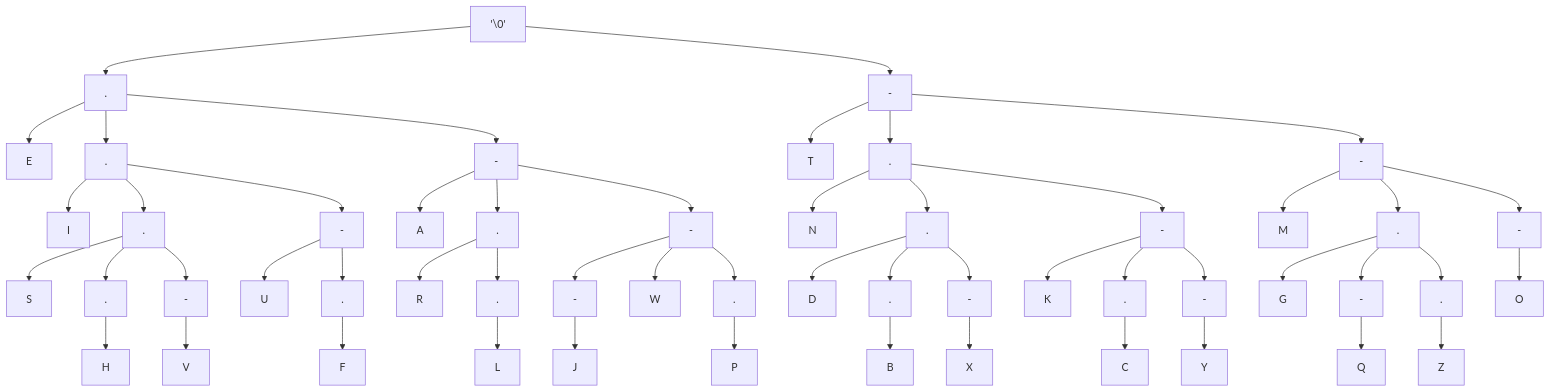
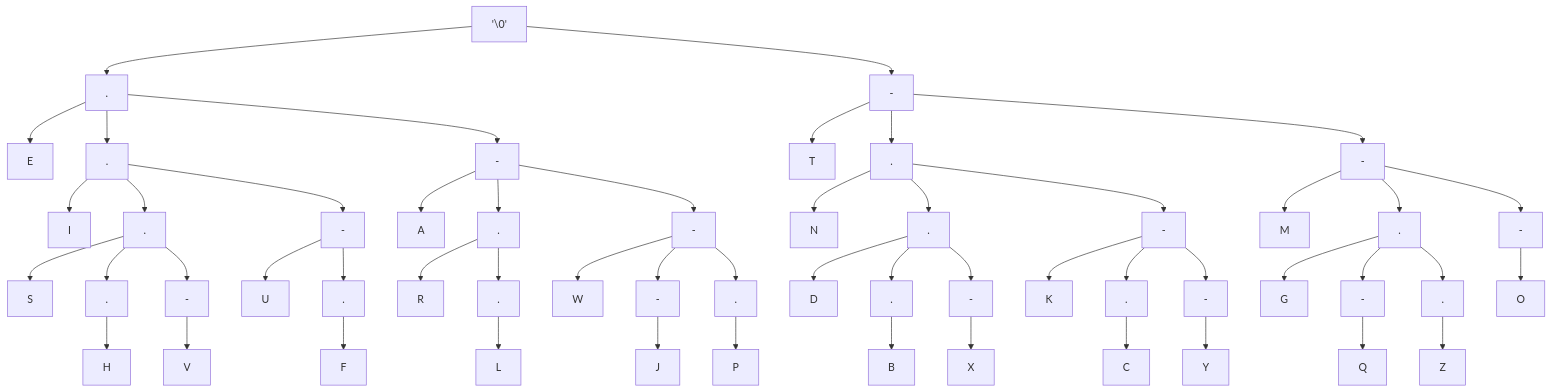
Before and after one commit to mmcnally1/arduino-projects: the second of 2 diagrams in morse-code/README.md, drawn with Mermaid. The commit also changed other lines of this file, not shown here.

````diff
--- a/morse-code/README.md
+++ b/morse-code/README.md
@@ -27,55 +27,55 @@
 ```mermaid
 graph TD;
 A['\0'] --> B[.]
 A['\0'] --> H[-]
 B[.] --> C[E]
 B[.] --> D[.]
 D[.] --> E[I]
 B[.] --> F[-]
 F[-] --> G[A]
 H[-] --> I[T]
 H[-] --> J[.]
 J[.] --> K[N]
 H[-] --> L[-]
 L[-] --> M[M]
 D[.] --> N[.]
 D[.] --> O[-]
 L[-] --> P[.]
 L[-] --> Q[-]
 F[-] --> R[.]
 F[-] --> S[-]
 N[.] --> V[S]
 N[.] --> T[.]
 N[.] --> U[-]
 J[.] --> W[.]
 J[.] --> X[-]
 O[-] --> Y[U]
 R[.] --> Z[R]
 W[.] --> AE[D]
 W[.] --> AA[.]
 AA[.] --> AB[B]
 X[-] --> AL[K]
 X[-] --> AC[.]
 AC[.] --> AD[C]
 O[-] --> AF[.]
 AF[.] --> AG[F]
 P[.] --> AH[G]
 T[.] --> AI[H]
+S[-] --> AU[W]
 S[-] --> AJ[-]
 AJ[-] --> AK[J]
 R[.] --> AM[.]
 AM[.] --> AN[L]
 Q[-] --> AO[O]
-S[-] --> AU[W]
 S[-] --> AP[.]
 AP[.] --> AQ[P]
 P[.] --> AR[-]
 AR[-] --> AS[Q]
 U[-] --> AT[V]
 W[.] --> AV[-]
 AV[-] --> AW[X]
 X[-] --> AX[-]
 AX[-] --> AY[Y]
 P[.] --> AZ[.]
 AZ[.] --> BA[Z]
 ```
````
